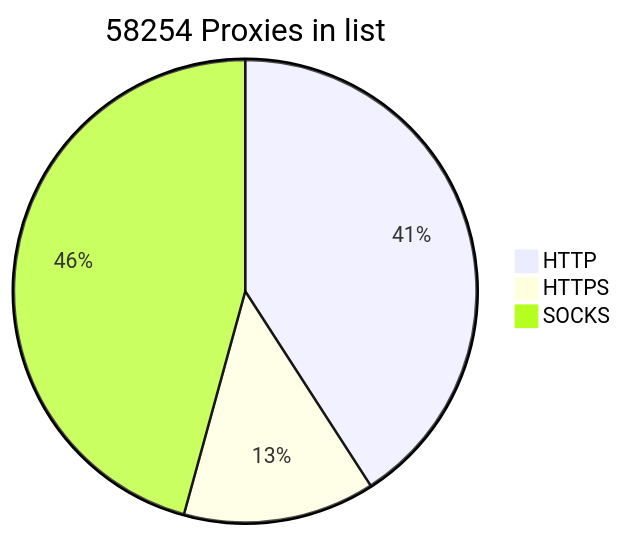
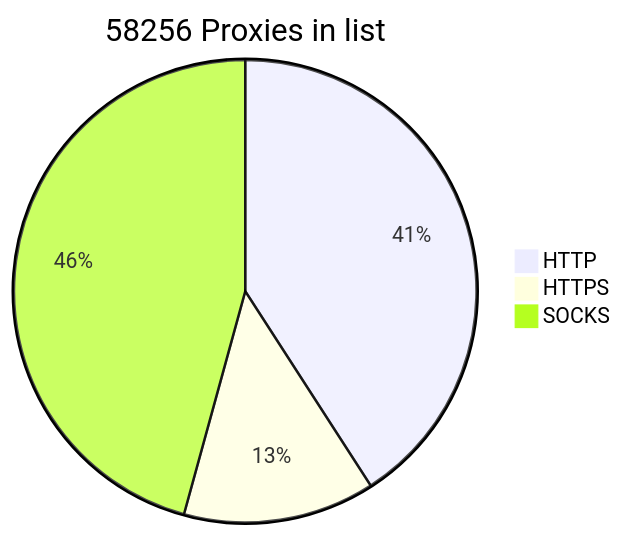
The diagram in README.md (BlackSnowDot/proxylist-update-every-minute), drawn with Mermaid before and after one commit.

````diff
--- a/README.md
+++ b/README.md
@@ -2,6 +2,6 @@
 ```mermaid
-pie title 58254 Proxies in list
+pie title 58256 Proxies in list
     "HTTP" : 26832
-    "HTTPS": 8788
-    "SOCKS" : 30015
+    "HTTPS": 8790
+    "SOCKS" : 30016
 ```
````
